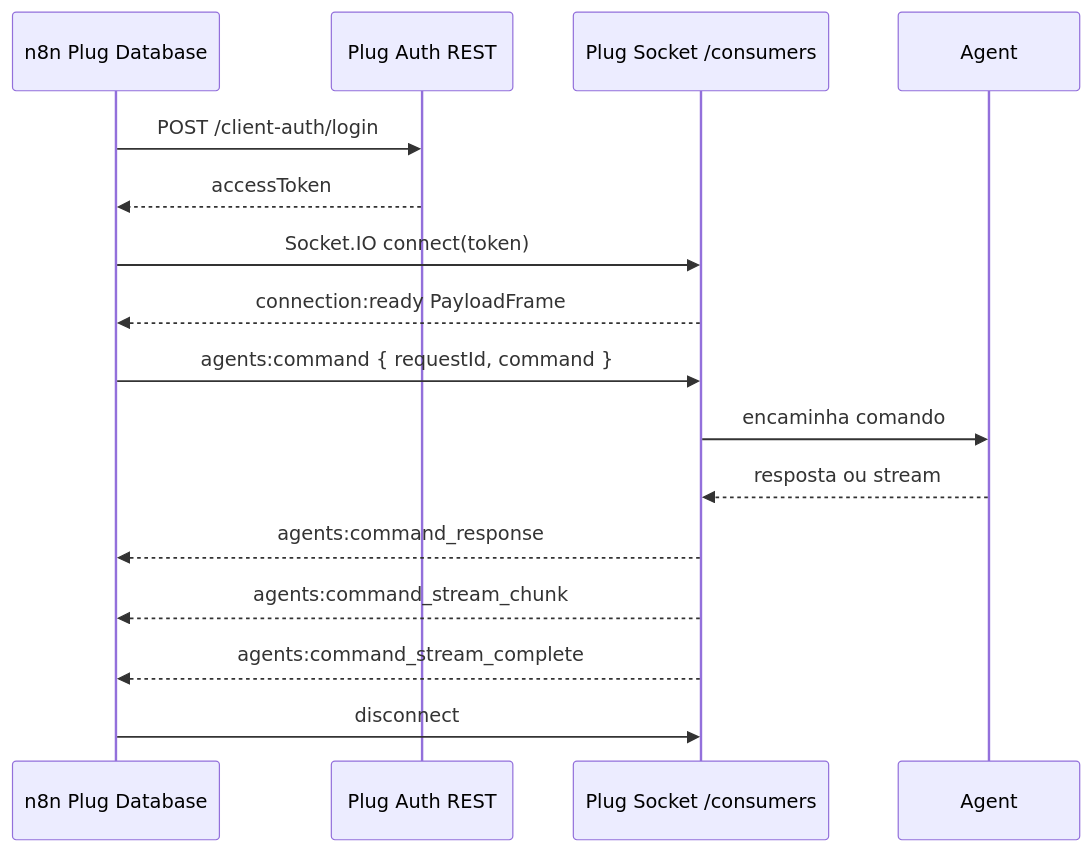
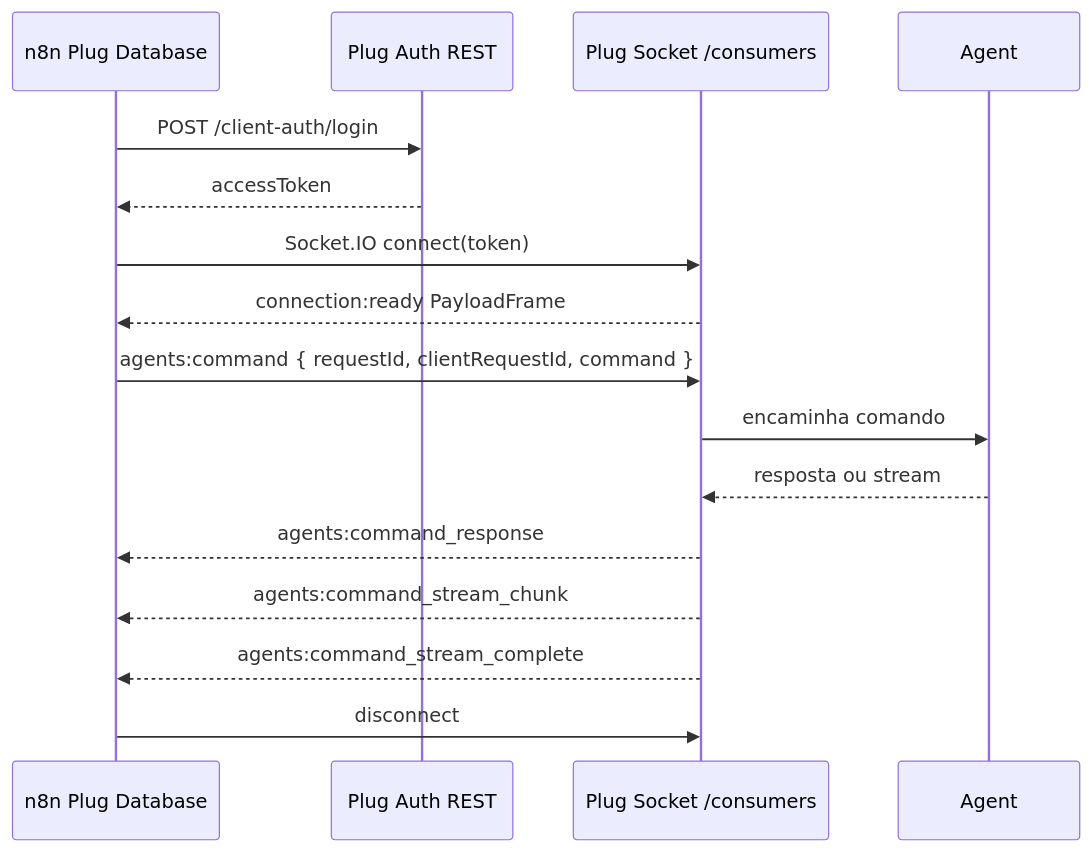
One commit to cesar-carlos/plug_node changed the diagram in docs/socket/sql-socket.md. Above: the diagram before and after it, drawn with Mermaid. The commit also changed other lines of this file and 25 other files, not shown here.

````diff
--- a/docs/socket/sql-socket.md
+++ b/docs/socket/sql-socket.md
@@ -32,19 +32,19 @@
 ```mermaid
 sequenceDiagram
   participant N as n8n Plug Database
   participant A as Plug Auth REST
   participant S as Plug Socket /consumers
   participant G as Agent
 
   N->>A: POST /client-auth/login
   A-->>N: accessToken
   N->>S: Socket.IO connect(token)
   S-->>N: connection:ready PayloadFrame
-  N->>S: agents:command { requestId, command }
+  N->>S: agents:command { requestId, clientRequestId, command }
   S->>G: encaminha comando
   G-->>S: resposta ou stream
   S-->>N: agents:command_response
   S-->>N: agents:command_stream_chunk
   S-->>N: agents:command_stream_complete
   N->>S: disconnect
 ```
````
